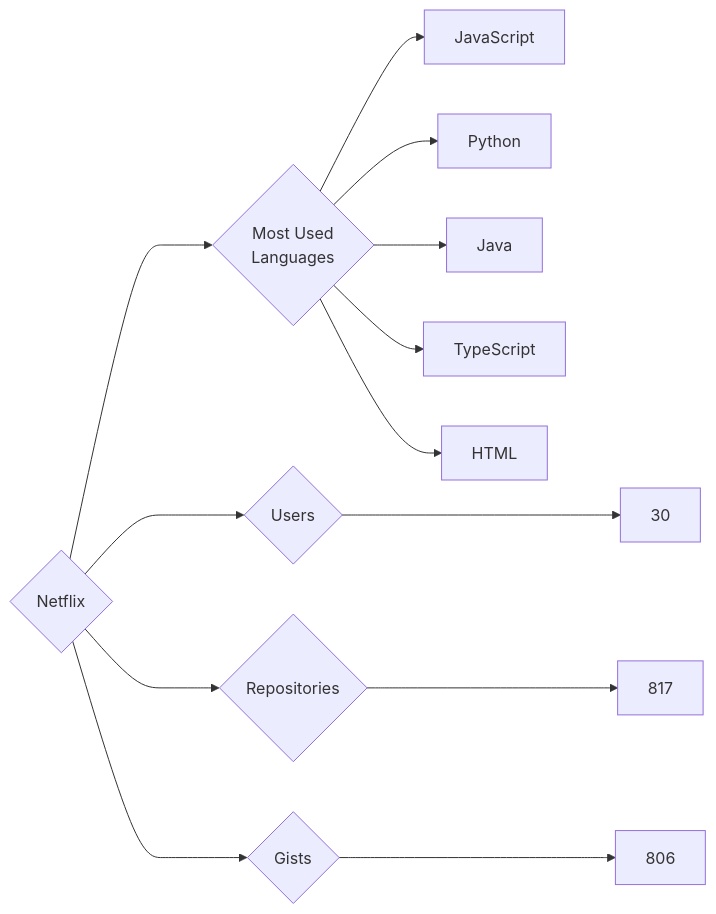
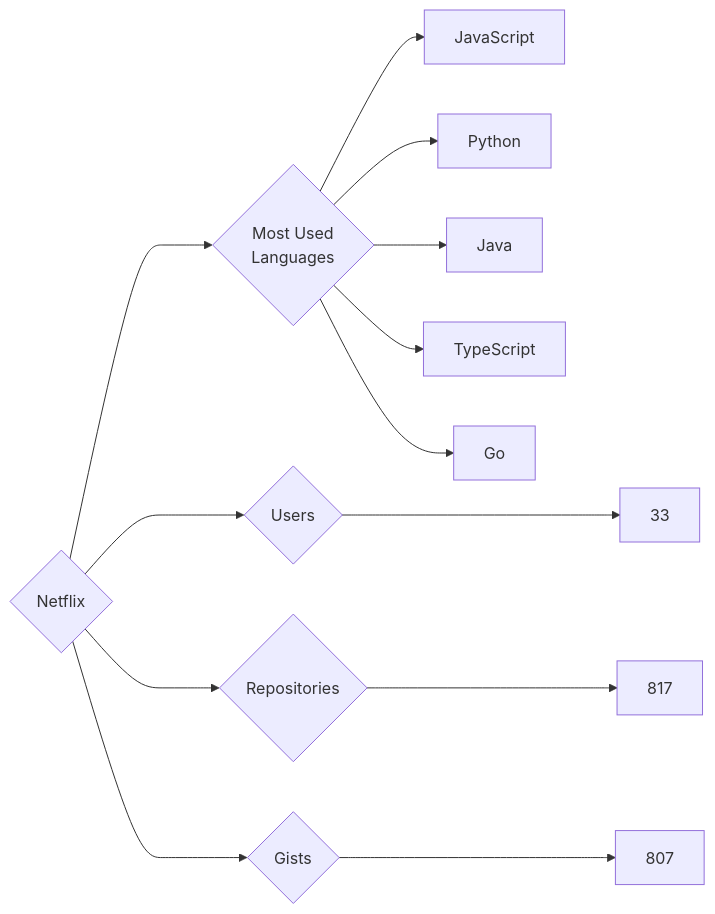
Before and after one commit to trickest/insiders: the diagram in targets/Netflix/README.md, drawn with Mermaid. The commit also changed 1479 other files, not shown here.

````diff
--- a/targets/Netflix/README.md
+++ b/targets/Netflix/README.md
@@ -3,13 +3,13 @@
 ```mermaid
 graph LR
 COMPANY_NAME{Netflix}
-COMPANY_NAME ---> U{Users} ---> UN[30]
+COMPANY_NAME ---> U{Users} ---> UN[33]
 COMPANY_NAME ---> R{Repositories} ---> RN[817]
-COMPANY_NAME ---> G{Gists} ---> GN[806]
+COMPANY_NAME ---> G{Gists} ---> GN[807]
 COMPANY_NAME ---> ML{Most Used<br>Languages}
 ML --> JavaScript[JavaScript]
 ML --> Python[Python]
 ML --> Java[Java]
 ML --> TypeScript[TypeScript]
-ML --> HTML[HTML]
+ML --> Go[Go]
 ```
````
